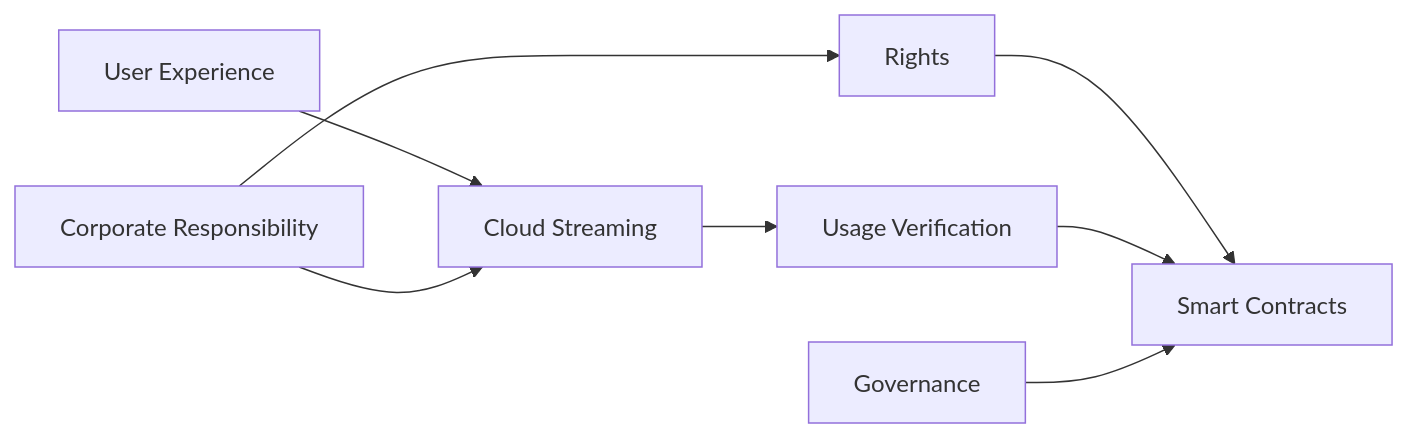
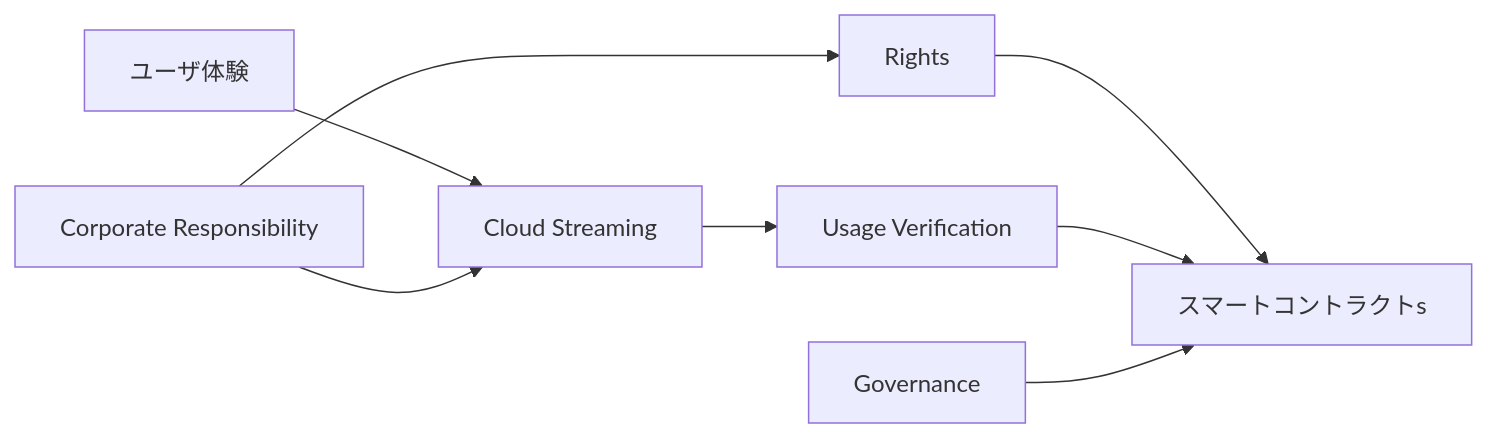
Before and after one commit to ShigeichiroYamasaki/creator-first-platform: diagram 27 of 27 in docs/whitepaper/04-platform-architecture.md, drawn with Mermaid. The commit also changed other lines of this file and 67 other files, not shown here.

````diff
--- a/docs/whitepaper/04-platform-architecture.md
+++ b/docs/whitepaper/04-platform-architecture.md
@@ -909,18 +909,18 @@
 ```mermaid
 flowchart LR
-    USER[User Experience]
+    USER[ユーザ体験]
     CLOUD[Cloud Streaming]
     RIGHTS[Rights]
     ORACLE[Usage Verification]
-    CHAIN[Smart Contracts]
+    CHAIN[スマートコントラクトs]
     GOV[Governance]
     CORP[Corporate Responsibility]
 
     USER --> CLOUD
     CLOUD --> ORACLE
     RIGHTS --> CHAIN
     ORACLE --> CHAIN
     GOV --> CHAIN
     CORP --> RIGHTS
     CORP --> CLOUD
 ```
````
